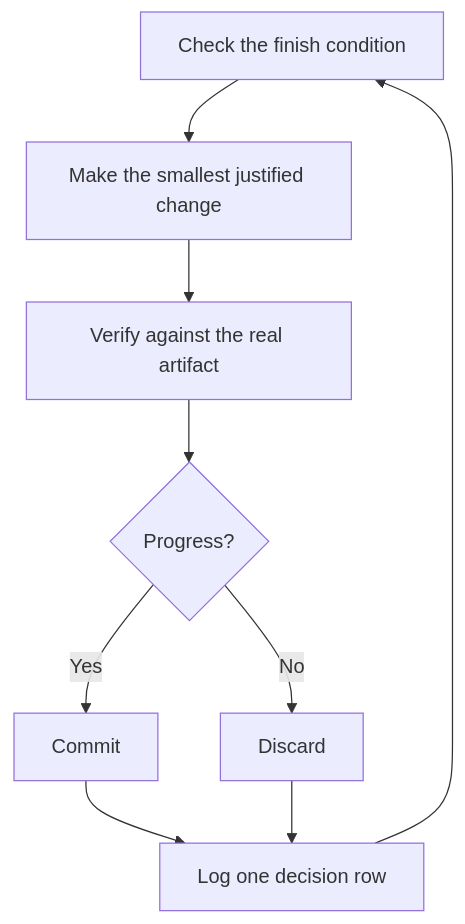
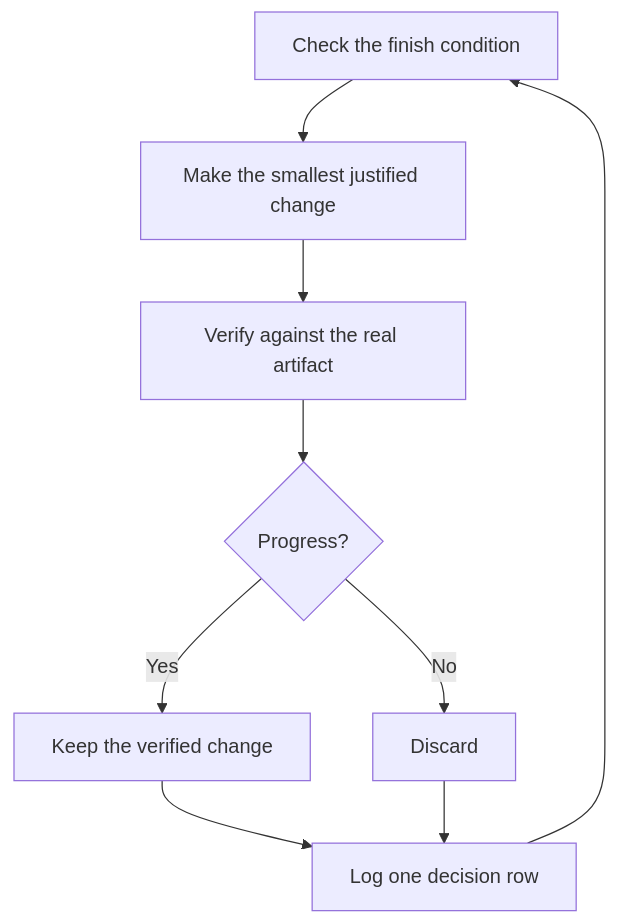
One commit to terranelabs/pstack-universal changed the diagram in plugins/pstack/docs/guide/07-overnight.md. Above: the diagram before and after it, drawn with Mermaid. The commit also changed other lines of this file and 123 other files, not shown here.

````diff
--- a/plugins/pstack/docs/guide/07-overnight.md
+++ b/plugins/pstack/docs/guide/07-overnight.md
@@ -31,11 +44,11 @@
 ```mermaid
 flowchart TD
     A[Check the finish condition] --> B[Make the smallest justified change]
     B --> C[Verify against the real artifact]
     C --> D{Progress?}
-    D -->|Yes| E[Commit]
+    D -->|Yes| E[Keep the verified change]
     D -->|No| F[Discard]
     E --> G[Log one decision row]
     F --> G
     G --> A
 ```
````
